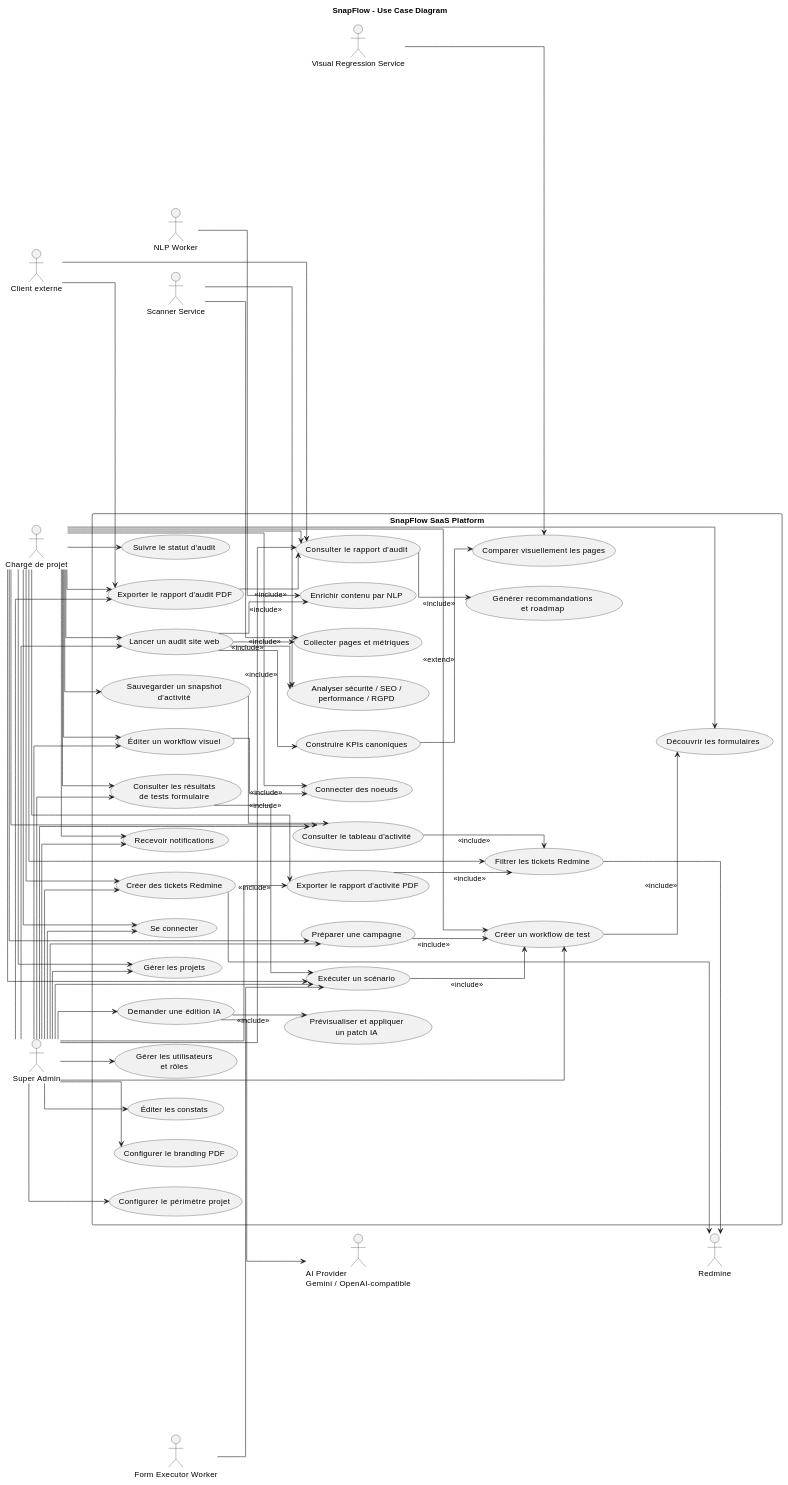
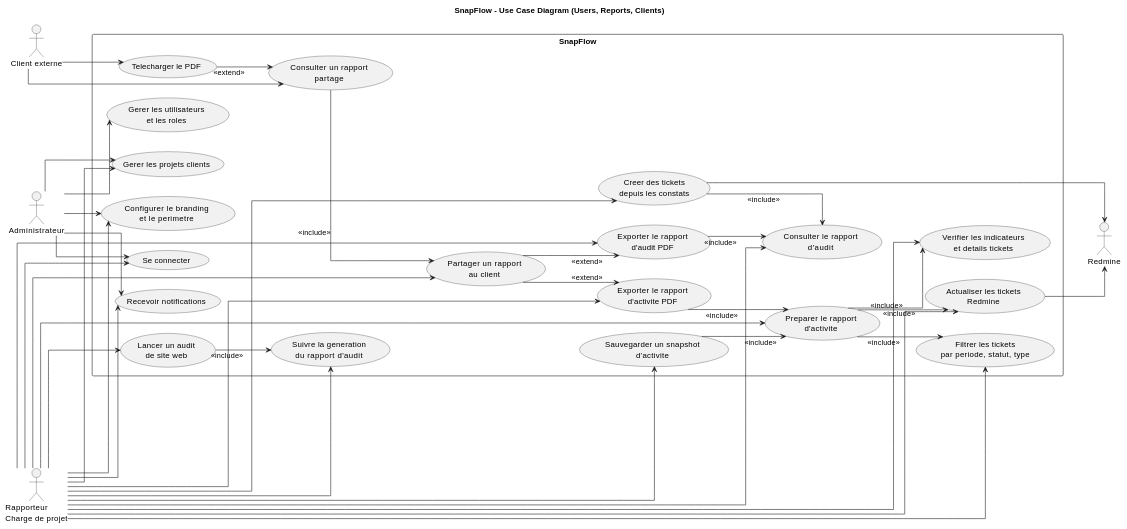
One commit to mejriahmednourallah/SnapFlow changed the second of 2 diagrams in SnapFlow/SNAPFLOW_PLANTUML_DIAGRAMS.md. Above: the diagram before and after it, drawn with PlantUML. The commit also changed 18 other files, not shown here.

````diff
--- a/SnapFlow/SNAPFLOW_PLANTUML_DIAGRAMS.md
+++ b/SnapFlow/SNAPFLOW_PLANTUML_DIAGRAMS.md
@@ -368,131 +368,84 @@
 ```plantuml
 @startuml SnapFlow_Use_Case_Diagram
-title SnapFlow - Use Case Diagram
+title SnapFlow - Use Case Diagram (Users, Reports, Clients)
 
 left to right direction
 skinparam shadowing false
 skinparam packageStyle rectangle
 skinparam linetype ortho
 
-actor "Super Admin" as SuperAdmin
-actor "Chargé de projet" as ProjectManager
-actor "Client externe" as ExternalClient
-actor "Form Executor Worker" as FormWorker
-actor "NLP Worker" as NlpWorkerActor
-actor "Scanner Service" as ScannerActor
-actor "Visual Regression Service" as VisualActor
+actor "Administrateur" as Admin
+actor "Rapporteur\nCharge de projet" as Reporter
+actor "Client externe" as Client
 actor "Redmine" as Redmine
-actor "AI Provider\nGemini / OpenAI-compatible" as AIProvider
 
-rectangle "SnapFlow SaaS Platform" {
+rectangle "SnapFlow" {
   usecase "Se connecter" as UC_Login
-  usecase "Gérer les utilisateurs\net rôles" as UC_Users
-  usecase "Gérer les projets" as UC_Projects
-  usecase "Configurer le branding PDF" as UC_Branding
-  usecase "Configurer le périmètre projet" as UC_Perimeter
+  usecase "Gerer les utilisateurs\net les roles" as UC_Users
+  usecase "Gerer les projets clients" as UC_Projects
+  usecase "Configurer le branding\net le perimetre" as UC_ProjectSetup
 
-  usecase "Lancer un audit site web" as UC_StartAudit
-  usecase "Suivre le statut d'audit" as UC_PollAudit
-  usecase "Consulter le rapport d'audit" as UC_ViewAudit
-  usecase "Exporter le rapport d'audit PDF" as UC_AuditPdf
-  usecase "Éditer les constats" as UC_EditFindings
-  usecase "Créer des tickets Redmine" as UC_CreateRedmineTickets
+  usecase "Lancer un audit\nde site web" as UC_StartAudit
+  usecase "Suivre la generation\ndu rapport d'audit" as UC_TrackAudit
+  usecase "Consulter le rapport\nd'audit" as UC_ViewAudit
+  usecase "Exporter le rapport\nd'audit PDF" as UC_AuditPdf
+  usecase "Creer des tickets\ndepuis les constats" as UC_CreateRedmineTickets
 
-  usecase "Collecter pages et métriques" as UC_Crawl
-  usecase "Analyser sécurité / SEO /\nperformance / RGPD" as UC_Analyze
-  usecase "Enrichir contenu par NLP" as UC_Nlp
-  usecase "Construire KPIs canoniques" as UC_Kpis
-  usecase "Générer recommandations\net roadmap" as UC_Recommendations
-  usecase "Comparer visuellement les pages" as UC_VisualCompare
+  usecase "Actualiser les tickets\nRedmine" as UC_LoadRedmine
+  usecase "Filtrer les tickets\npar periode, statut, type" as UC_FilterTickets
+  usecase "Preparer le rapport\nd'activite" as UC_PrepareActivity
+  usecase "Verifier les indicateurs\net details tickets" as UC_ReviewActivity
+  usecase "Exporter le rapport\nd'activite PDF" as UC_ActivityPdf
+  usecase "Sauvegarder un snapshot\nd'activite" as UC_Snapshot
 
-  usecase "Consulter le tableau d'activité" as UC_ActivityDashboard
-  usecase "Filtrer les tickets Redmine" as UC_FilterRedmine
-  usecase "Exporter le rapport d'activité PDF" as UC_ActivityPdf
-  usecase "Sauvegarder un snapshot\nd'activité" as UC_Snapshot
-
-  usecase "Découvrir les formulaires" as UC_DiscoverForms
-  usecase "Créer un workflow de test" as UC_CreateWorkflow
-  usecase "Éditer un workflow visuel" as UC_EditWorkflow
-  usecase "Connecter des noeuds" as UC_ConnectNodes
-  usecase "Demander une édition IA" as UC_AiEdit
-  usecase "Prévisualiser et appliquer\nun patch IA" as UC_ApplyPatch
-  usecase "Préparer une campagne" as UC_PrepareCampaign
-  usecase "Exécuter un scénario" as UC_RunScenario
-  usecase "Consulter les résultats\nde tests formulaire" as UC_FormResults
-
+  usecase "Partager un rapport\nau client" as UC_ShareReport
+  usecase "Consulter un rapport\npartage" as UC_ClientView
+  usecase "Telecharger le PDF" as UC_ClientDownload
   usecase "Recevoir notifications" as UC_Notifications
 }
 
-SuperAdmin --> UC_Login
-SuperAdmin --> UC_Users
-SuperAdmin --> UC_Projects
-SuperAdmin --> UC_Branding
-SuperAdmin --> UC_Perimeter
-SuperAdmin --> UC_StartAudit
-SuperAdmin --> UC_ViewAudit
-SuperAdmin --> UC_AuditPdf
-SuperAdmin --> UC_EditFindings
-SuperAdmin --> UC_CreateRedmineTickets
-SuperAdmin --> UC_ActivityDashboard
-SuperAdmin --> UC_ActivityPdf
-SuperAdmin --> UC_CreateWorkflow
-SuperAdmin --> UC_EditWorkflow
-SuperAdmin --> UC_AiEdit
-SuperAdmin --> UC_PrepareCampaign
-SuperAdmin --> UC_RunScenario
-SuperAdmin --> UC_FormResults
-SuperAdmin --> UC_Notifications
+Admin --> UC_Login
+Admin --> UC_Users
+Admin --> UC_Projects
+Admin --> UC_ProjectSetup
+Admin --> UC_Notifications
 
-ProjectManager --> UC_Login
-ProjectManager --> UC_Projects
-ProjectManager --> UC_StartAudit
-ProjectManager --> UC_PollAudit
-ProjectManager --> UC_ViewAudit
-ProjectManager --> UC_AuditPdf
-ProjectManager --> UC_CreateRedmineTickets
-ProjectManager --> UC_ActivityDashboard
-ProjectManager --> UC_FilterRedmine
-ProjectManager --> UC_ActivityPdf
-ProjectManager --> UC_Snapshot
-ProjectManager --> UC_DiscoverForms
-ProjectManager --> UC_CreateWorkflow
-ProjectManager --> UC_EditWorkflow
-ProjectManager --> UC_ConnectNodes
-ProjectManager --> UC_PrepareCampaign
-ProjectManager --> UC_RunScenario
-ProjectManager --> UC_FormResults
-ProjectManager --> UC_Notifications
+Reporter --> UC_Login
+Reporter --> UC_Projects
+Reporter --> UC_ProjectSetup
+Reporter --> UC_StartAudit
+Reporter --> UC_TrackAudit
+Reporter --> UC_ViewAudit
+Reporter --> UC_AuditPdf
+Reporter --> UC_CreateRedmineTickets
+Reporter --> UC_LoadRedmine
+Reporter --> UC_FilterTickets
+Reporter --> UC_PrepareActivity
+Reporter --> UC_ReviewActivity
+Reporter --> UC_ActivityPdf
+Reporter --> UC_Snapshot
+Reporter --> UC_ShareReport
+Reporter --> UC_Notifications
 
-ExternalClient --> UC_ViewAudit
-ExternalClient --> UC_AuditPdf
+Client --> UC_ClientView
+Client --> UC_ClientDownload
 
-UC_StartAudit --> UC_Crawl : <<include>>
-UC_StartAudit --> UC_Analyze : <<include>>
-UC_StartAudit --> UC_Nlp : <<include>>
-UC_StartAudit --> UC_Kpis : <<include>>
-UC_ViewAudit --> UC_Recommendations : <<include>>
+UC_StartAudit --> UC_TrackAudit : <<include>>
 UC_AuditPdf --> UC_ViewAudit : <<include>>
+UC_CreateRedmineTickets --> UC_ViewAudit : <<include>>
 UC_CreateRedmineTickets --> Redmine
 
-ScannerActor --> UC_Crawl
-ScannerActor --> UC_Analyze
-NlpWorkerActor --> UC_Nlp
-VisualActor --> UC_VisualCompare
-UC_Kpis --> UC_VisualCompare : <<extend>>
+UC_PrepareActivity --> UC_LoadRedmine : <<include>>
+UC_PrepareActivity --> UC_FilterTickets : <<include>>
+UC_PrepareActivity --> UC_ReviewActivity : <<include>>
+UC_ActivityPdf --> UC_PrepareActivity : <<include>>
+UC_Snapshot --> UC_PrepareActivity : <<include>>
+UC_LoadRedmine --> Redmine
 
-UC_ActivityDashboard --> UC_FilterRedmine : <<include>>
-UC_ActivityPdf --> UC_FilterRedmine : <<include>>
-UC_FilterRedmine --> Redmine
-UC_Snapshot --> UC_ActivityDashboard : <<include>>
-
-UC_CreateWorkflow --> UC_DiscoverForms : <<include>>
-UC_EditWorkflow --> UC_ConnectNodes : <<include>>
-UC_AiEdit --> AIProvider
-UC_AiEdit --> UC_ApplyPatch : <<include>>
-UC_PrepareCampaign --> UC_CreateWorkflow : <<include>>
-UC_RunScenario --> UC_CreateWorkflow : <<include>>
-FormWorker --> UC_RunScenario
-UC_FormResults --> UC_RunScenario : <<include>>
+UC_ShareReport --> UC_AuditPdf : <<extend>>
+UC_ShareReport --> UC_ActivityPdf : <<extend>>
+UC_ClientView --> UC_ShareReport : <<include>>
+UC_ClientDownload --> UC_ClientView : <<extend>>
 
 @enduml
 ```
````
